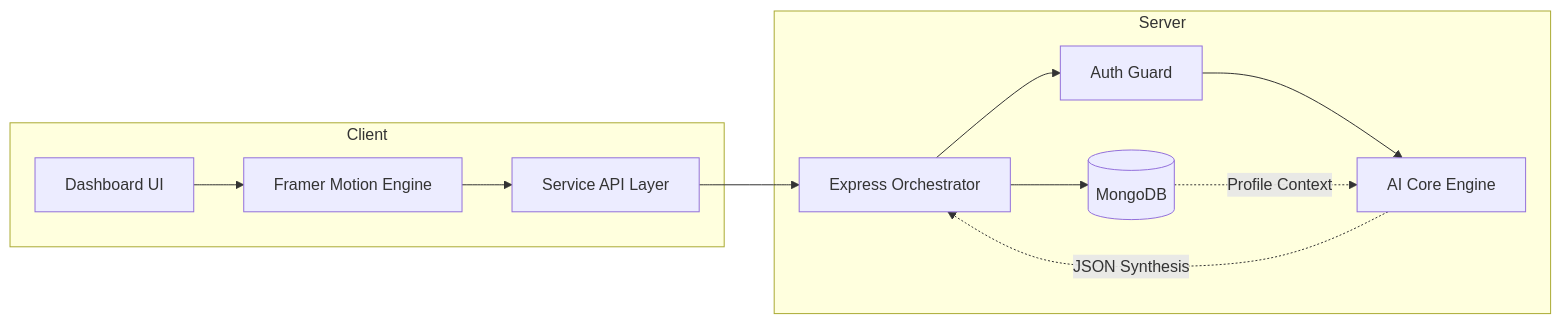
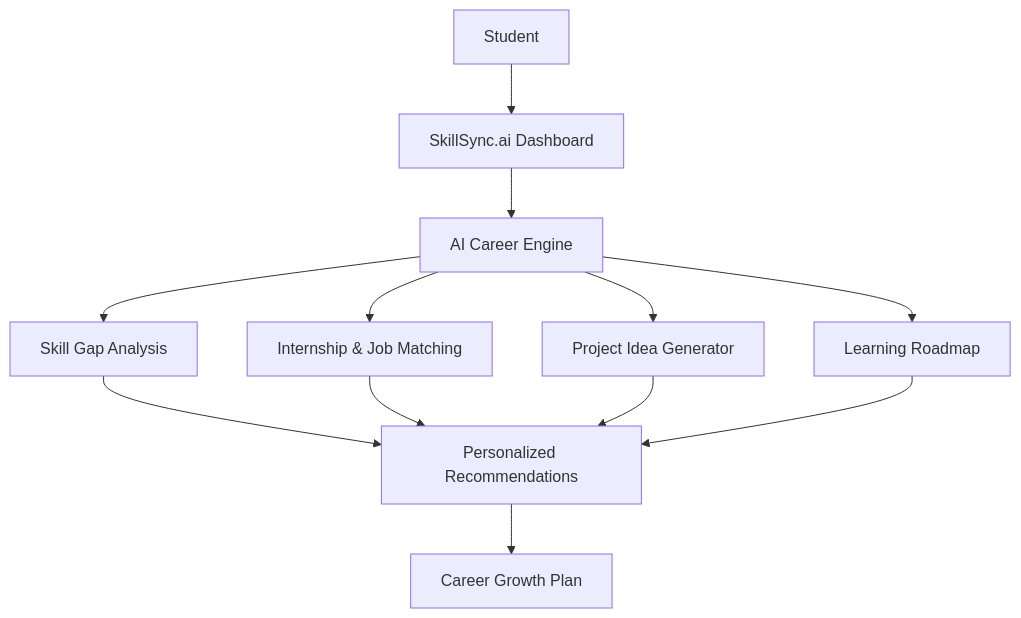
Before and after one commit to singhankit001/skillsync-ai: the diagram in README.md, drawn with Mermaid. The commit also changed other lines of this file and 1 other file, not shown here.

````diff
--- a/README.md
+++ b/README.md
@@ -91,17 +94,14 @@
 ```mermaid
-graph LR
-    subgraph Client
-    A[Dashboard UI] --> B[Framer Motion Engine]
-    B --> C[Service API Layer]
-    end
-    
-    subgraph Server
-    C --> D[Express Orchestrator]
-    D --> E[Auth Guard]
-    E --> F[AI Core Engine]
-    D --> G[(MongoDB)]
-    end
-    
-    F -.->|JSON Synthesis| D
-    G -.->|Profile Context| F
+flowchart TD
+    A[Student] --> B[SkillSync.ai Dashboard]
+    B --> C[AI Career Engine]
+    C --> D[Skill Gap Analysis]
+    C --> E[Internship & Job Matching]
+    C --> F[Project Idea Generator]
+    C --> G[Learning Roadmap]
+    D --> H[Personalized Recommendations]
+    E --> H
+    F --> H
+    G --> H
+    H --> I[Career Growth Plan]
 ```
````
